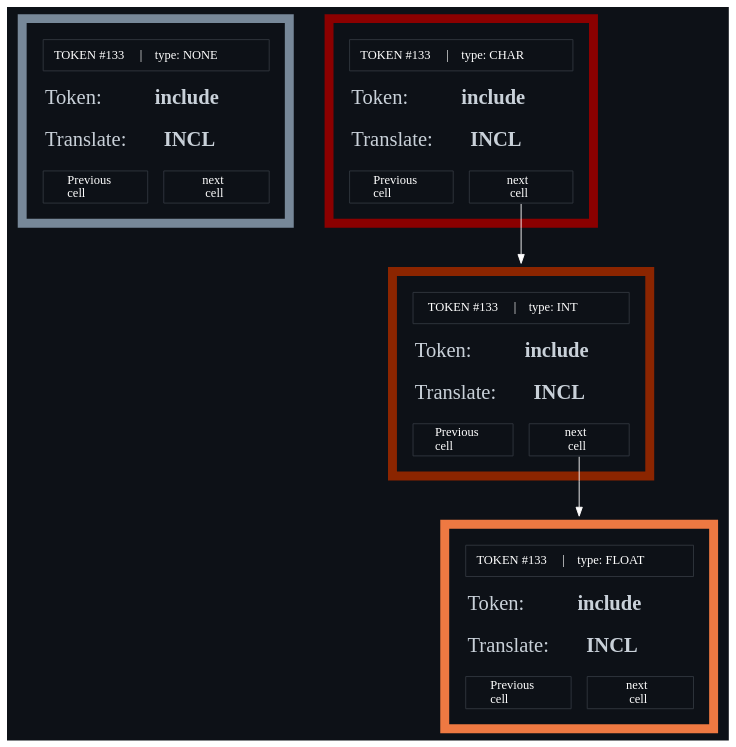
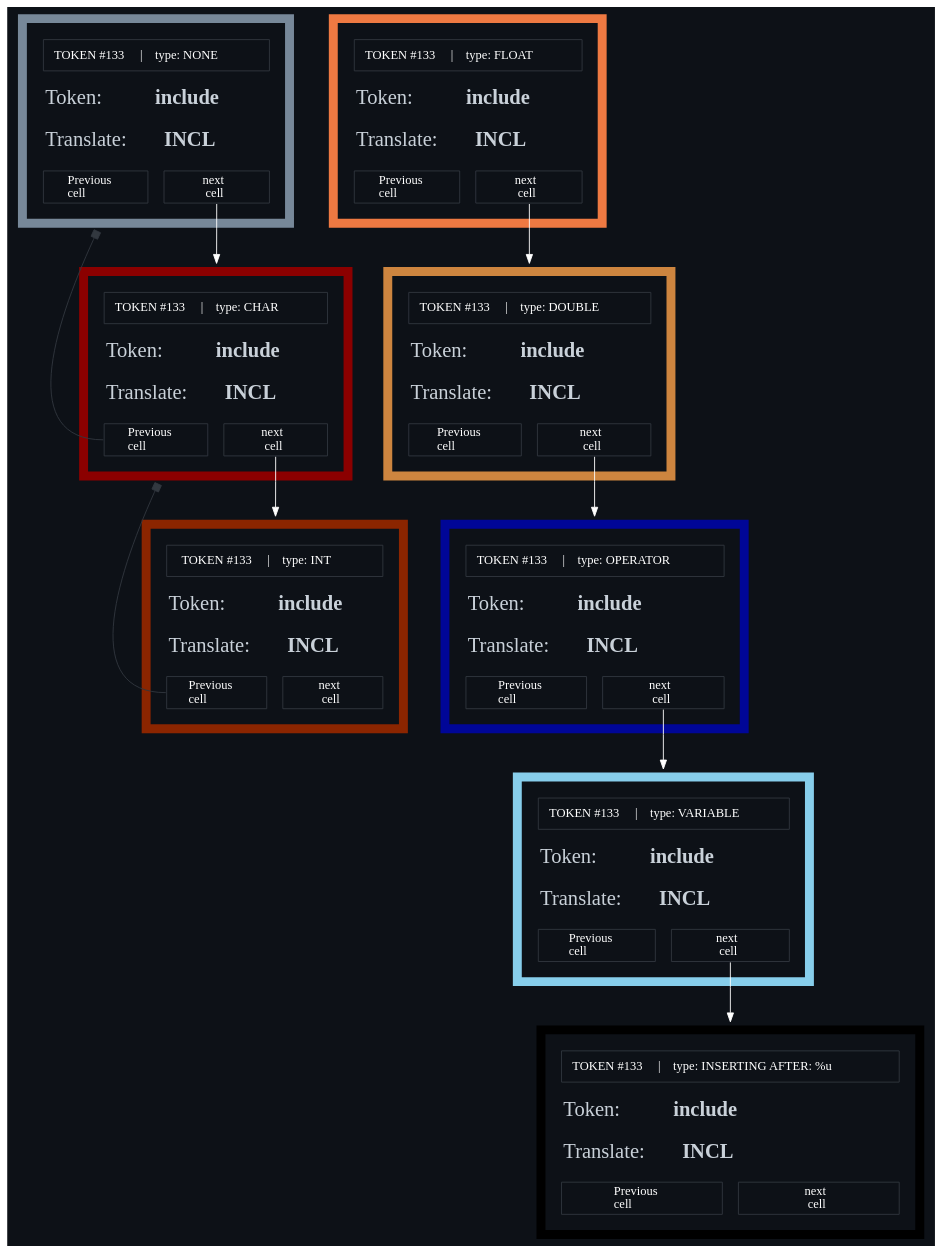
The diagram in viz/ir-tokens.dot (Mchl-krpch/doubly-linked-list), drawn with Graphviz before and after one commit. The commit also changed 3 other files, not shown here.

```diff
--- a/viz/ir-tokens.dot
+++ b/viz/ir-tokens.dot
@@ -1,44 +1,89 @@
 digraph G {
 	bgcolor="#0D1117"
 
 	# the design of the nodes themselves
 	L0 [shape=none label = <<table cellborder="0" cellspacing="18" bgcolor="#0D1117" border="10" color="lightslategrey">
 		<tr><td colspan="2" width="80px" height="35px" color="#32383F" border="1">		<font color="white">TOKEN #133     |    type: NONE</font></td></tr>
 		<tr><td align="left" colspan="2">		<font point-size="23" color="#C9D1D9">Token:      <b>include</b></font></td></tr>
 		<tr><td align="left" colspan="2">		<font point-size="23" color="#C9D1D9">Translate:  <b>INCL</b></font><br align="left"/></td></tr>
 		<tr><td PORT="p0" width="80px" border="1" color="#32383F"><font color ="white">Previous<br align="left"/>cell<br align="left"/></font></td>
 				<td PORT="n0" width="80px" border="1" color="#32383F">		<font color ="white">next<br/>cell</font></td></tr>
 				</table>>];
 
 
 	L1 [shape=none label = <<table cellborder="0" cellspacing="18" bgcolor="#0D1117" border="10" color="red4">
 		<tr><td colspan="2" width="80px" height="35px" color="#32383F" border="1">		<font color="white">TOKEN #133     |    type: CHAR</font></td></tr>
 		<tr><td align="left" colspan="2">		<font point-size="23" color="#C9D1D9">Token:      <b>include</b></font></td></tr>
 		<tr><td align="left" colspan="2">		<font point-size="23" color="#C9D1D9">Translate:  <b>INCL</b></font><br align="left"/></td></tr>
 		<tr><td PORT="p1" width="80px" border="1" color="#32383F"><font color ="white">Previous<br align="left"/>cell<br align="left"/></font></td>
 				<td PORT="n1" width="80px" border="1" color="#32383F">		<font color ="white">next<br/>cell</font></td></tr>
 				</table>>];
 
 
 	L2 [shape=none label = <<table cellborder="0" cellspacing="18" bgcolor="#0D1117" border="10" color="orangered4">
 		<tr><td colspan="2" width="80px" height="35px" color="#32383F" border="1">		<font color="white">TOKEN #133     |    type: INT</font></td></tr>
 		<tr><td align="left" colspan="2">		<font point-size="23" color="#C9D1D9">Token:      <b>include</b></font></td></tr>
 		<tr><td align="left" colspan="2">		<font point-size="23" color="#C9D1D9">Translate:  <b>INCL</b></font><br align="left"/></td></tr>
 		<tr><td PORT="p2" width="80px" border="1" color="#32383F"><font color ="white">Previous<br align="left"/>cell<br align="left"/></font></td>
 				<td PORT="n2" width="80px" border="1" color="#32383F">		<font color ="white">next<br/>cell</font></td></tr>
 				</table>>];
 
 
 	L3 [shape=none label = <<table cellborder="0" cellspacing="18" bgcolor="#0D1117" border="10" color="sienna2">
 		<tr><td colspan="2" width="80px" height="35px" color="#32383F" border="1">		<font color="white">TOKEN #133     |    type: FLOAT</font></td></tr>
 		<tr><td align="left" colspan="2">		<font point-size="23" color="#C9D1D9">Token:      <b>include</b></font></td></tr>
 		<tr><td align="left" colspan="2">		<font point-size="23" color="#C9D1D9">Translate:  <b>INCL</b></font><br align="left"/></td></tr>
 		<tr><td PORT="p3" width="80px" border="1" color="#32383F"><font color ="white">Previous<br align="left"/>cell<br align="left"/></font></td>
 				<td PORT="n3" width="80px" border="1" color="#32383F">		<font color ="white">next<br/>cell</font></td></tr>
 				</table>>];
 
 
+	L4 [shape=none label = <<table cellborder="0" cellspacing="18" bgcolor="#0D1117" border="10" color="peru">
+		<tr><td colspan="2" width="80px" height="35px" color="#32383F" border="1">		<font color="white">TOKEN #133     |    type: DOUBLE</font></td></tr>
+		<tr><td align="left" colspan="2">		<font point-size="23" color="#C9D1D9">Token:      <b>include</b></font></td></tr>
+		<tr><td align="left" colspan="2">		<font point-size="23" color="#C9D1D9">Translate:  <b>INCL</b></font><br align="left"/></td></tr>
+		<tr><td PORT="p4" width="80px" border="1" color="#32383F"><font color ="white">Previous<br align="left"/>cell<br align="left"/></font></td>
+				<td PORT="n4" width="80px" border="1" color="#32383F">		<font color ="white">next<br/>cell</font></td></tr>
+				</table>>];
+
+
+	L5 [shape=none label = <<table cellborder="0" cellspacing="18" bgcolor="#0D1117" border="10" color="#000697">
+		<tr><td colspan="2" width="80px" height="35px" color="#32383F" border="1">		<font color="white">TOKEN #133     |    type: OPERATOR</font></td></tr>
+		<tr><td align="left" colspan="2">		<font point-size="23" color="#C9D1D9">Token:      <b>include</b></font></td></tr>
+		<tr><td align="left" colspan="2">		<font point-size="23" color="#C9D1D9">Translate:  <b>INCL</b></font><br align="left"/></td></tr>
+		<tr><td PORT="p5" width="80px" border="1" color="#32383F"><font color ="white">Previous<br align="left"/>cell<br align="left"/></font></td>
+				<td PORT="n5" width="80px" border="1" color="#32383F">		<font color ="white">next<br/>cell</font></td></tr>
+				</table>>];
+
+
+	L6 [shape=none label = <<table cellborder="0" cellspacing="18" bgcolor="#0D1117" border="10" color="skyblue">
+		<tr><td colspan="2" width="80px" height="35px" color="#32383F" border="1">		<font color="white">TOKEN #133     |    type: VARIABLE</font></td></tr>
+		<tr><td align="left" colspan="2">		<font point-size="23" color="#C9D1D9">Token:      <b>include</b></font></td></tr>
+		<tr><td align="left" colspan="2">		<font point-size="23" color="#C9D1D9">Translate:  <b>INCL</b></font><br align="left"/></td></tr>
+		<tr><td PORT="p6" width="80px" border="1" color="#32383F"><font color ="white">Previous<br align="left"/>cell<br align="left"/></font></td>
+				<td PORT="n6" width="80px" border="1" color="#32383F">		<font color ="white">next<br/>cell</font></td></tr>
+				</table>>];
+
+
+	L7 [shape=none label = <<table cellborder="0" cellspacing="18" bgcolor="#0D1117" border="10" color="">
+		<tr><td colspan="2" width="80px" height="35px" color="#32383F" border="1">		<font color="white">TOKEN #133     |    type: 
+
+INSERTING AFTER: %u
+</font></td></tr>
+		<tr><td align="left" colspan="2">		<font point-size="23" color="#C9D1D9">Token:      <b>include</b></font></td></tr>
+		<tr><td align="left" colspan="2">		<font point-size="23" color="#C9D1D9">Translate:  <b>INCL</b></font><br align="left"/></td></tr>
+		<tr><td PORT="p7" width="80px" border="1" color="#32383F"><font color ="white">Previous<br align="left"/>cell<br align="left"/></font></td>
+				<td PORT="n7" width="80px" border="1" color="#32383F">		<font color ="white">next<br/>cell</font></td></tr>
+				</table>>];
+
+
 	# connection of these nodes
+	L0:"n0" -> L1[color="white"];
 	L1:"n1" -> L2[color="white"];
-	L2:"n2" -> L3[color="white"];
+	L1:"p1" -> L0[color="#32383F" arrowhead = box];
+	L2:"p2" -> L1[color="#32383F" arrowhead = box];
+	L3:"n3" -> L4[color="white"];
+	L4:"n4" -> L5[color="white"];
+	L5:"n5" -> L6[color="white"];
+	L6:"n6" -> L7[color="white"];
 }
```
